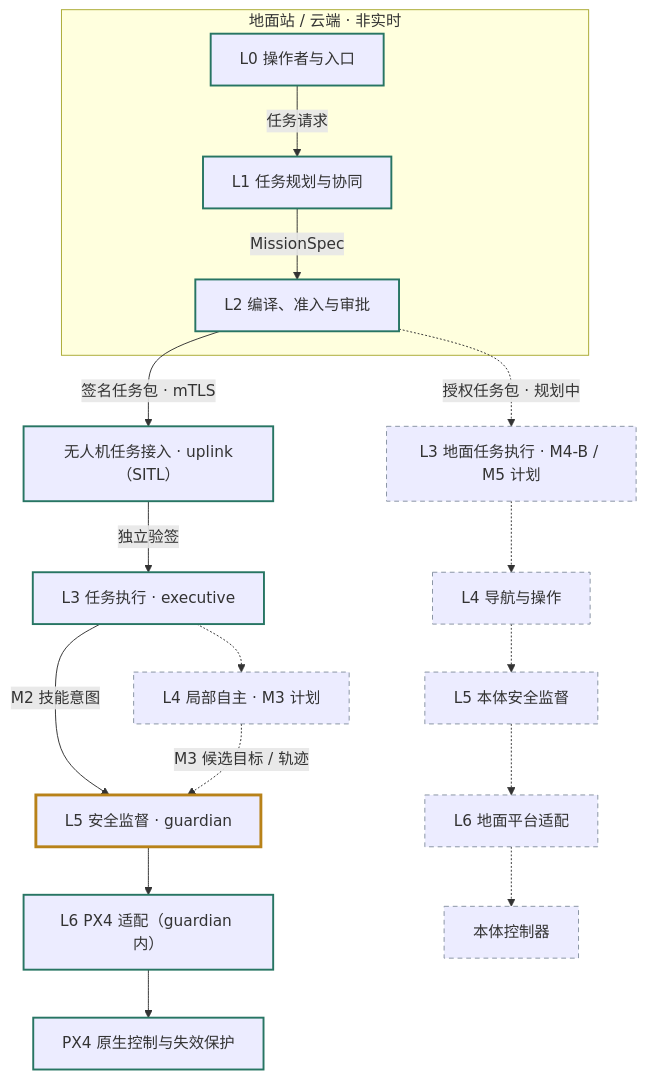
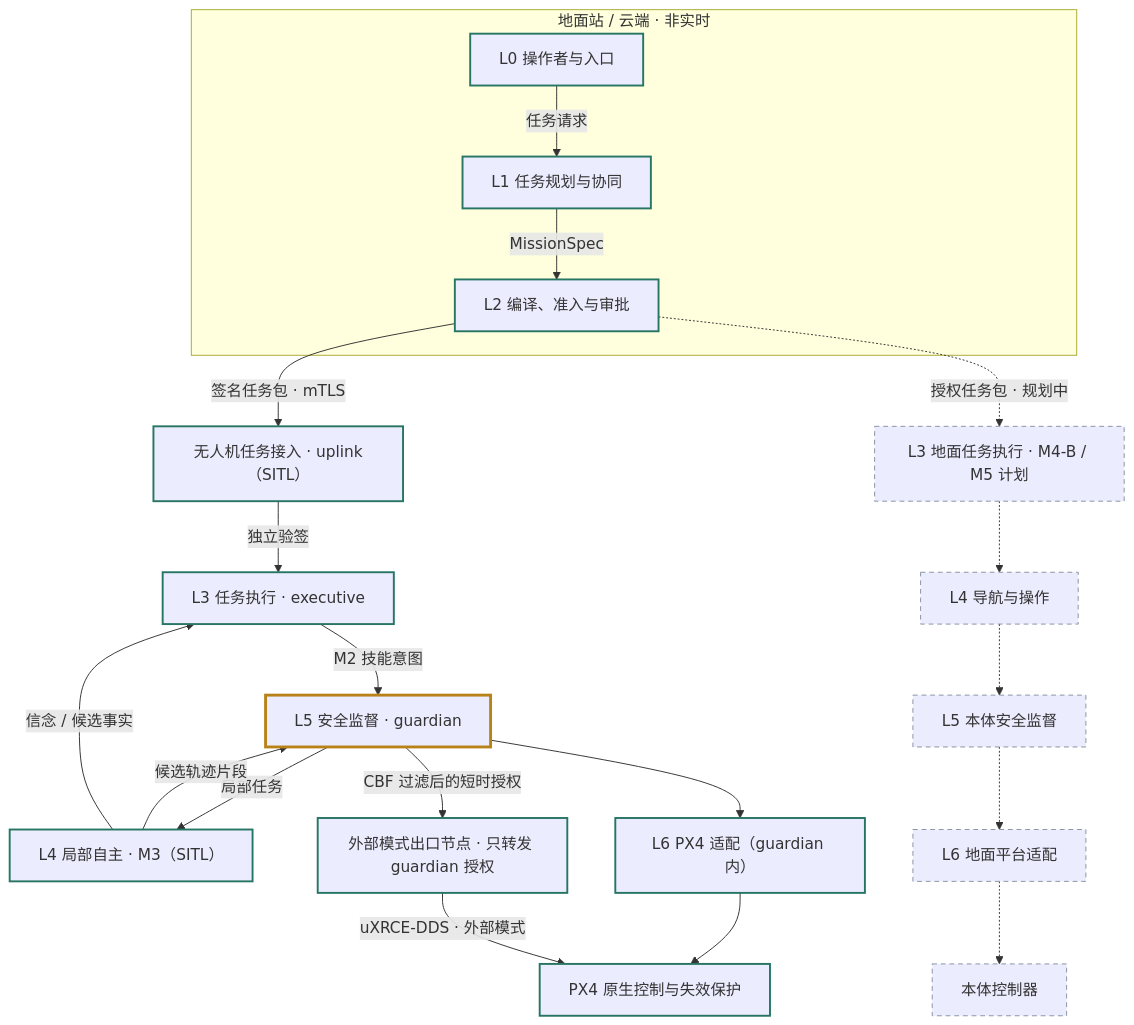
Before and after one commit to SuperdeMan/drone-agent: the diagram in docs/architecture/00-overview.md, drawn with Mermaid. The commit also changed other lines of this file and 15 other files, not shown here.

````diff
--- a/docs/architecture/00-overview.md
+++ b/docs/architecture/00-overview.md
@@ -51,44 +51,48 @@
 ```mermaid
 flowchart TB
     subgraph offboard["地面站 / 云端 · 非实时"]
         entry["L0 操作者与入口"]
         planner["L1 任务规划与协同"]
         admission["L2 编译、准入与审批"]
         entry -->|"任务请求"| planner
         planner -->|"MissionSpec"| admission
     end
 
     uplink["无人机任务接入 · uplink（SITL）"]
     executive["L3 任务执行 · executive"]
-    autonomy["L4 局部自主 · M3 计划"]
+    autonomy["L4 局部自主 · M3（SITL）"]
+    egress["外部模式出口节点 · 只转发 guardian 授权"]
     guardian["L5 安全监督 · guardian"]
     adapter["L6 PX4 适配（guardian 内）"]
     flightController["PX4 原生控制与失效保护"]
 
     admission -->|"签名任务包 · mTLS"| uplink
     uplink -->|"独立验签"| executive
     executive -->|"M2 技能意图"| guardian
-    executive -.-> autonomy
-    autonomy -.->|"M3 候选目标 / 轨迹"| guardian
+    guardian -->|"局部任务"| autonomy
+    autonomy -->|"候选轨迹片段"| guardian
+    autonomy -->|"信念 / 候选事实"| executive
     guardian --> adapter
     adapter --> flightController
+    guardian -->|"CBF 过滤后的短时授权"| egress
+    egress -->|"uXRCE-DDS · 外部模式"| flightController
 
     groundExecutive["L3 地面任务执行 · M4-B / M5 计划"]
     groundAutonomy["L4 导航与操作"]
     groundGuardian["L5 本体安全监督"]
     groundAdapter["L6 地面平台适配"]
     groundController["本体控制器"]
 
     admission -.->|"授权任务包 · 规划中"| groundExecutive
     groundExecutive -.-> groundAutonomy
     groundAutonomy -.-> groundGuardian
     groundGuardian -.-> groundAdapter
     groundAdapter -.-> groundController
 
     classDef implemented stroke:#277563,stroke-width:2px
     classDef planned stroke:#8793a3,stroke-dasharray:5 4
     classDef safety stroke:#b88219,stroke-width:3px
-    class entry,planner,admission,uplink,executive,adapter,flightController implemented
-    class autonomy,groundExecutive,groundAutonomy,groundGuardian,groundAdapter,groundController planned
+    class entry,planner,admission,uplink,executive,autonomy,egress,adapter,flightController implemented
+    class groundExecutive,groundAutonomy,groundGuardian,groundAdapter,groundController planned
     class guardian safety
 ```
````
